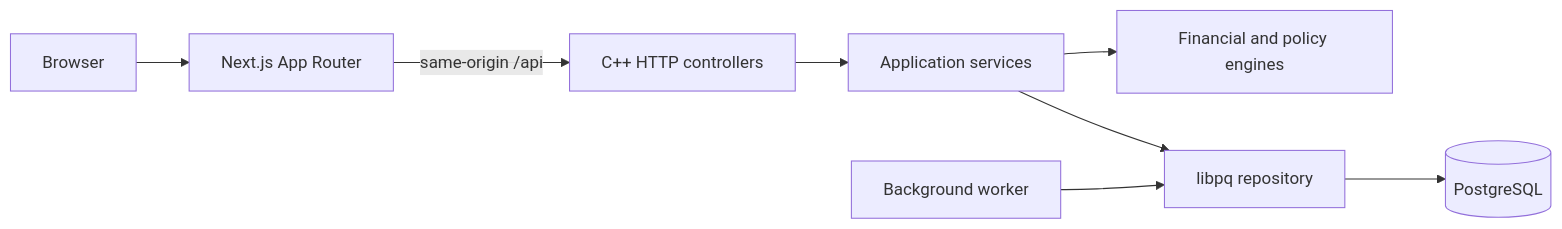
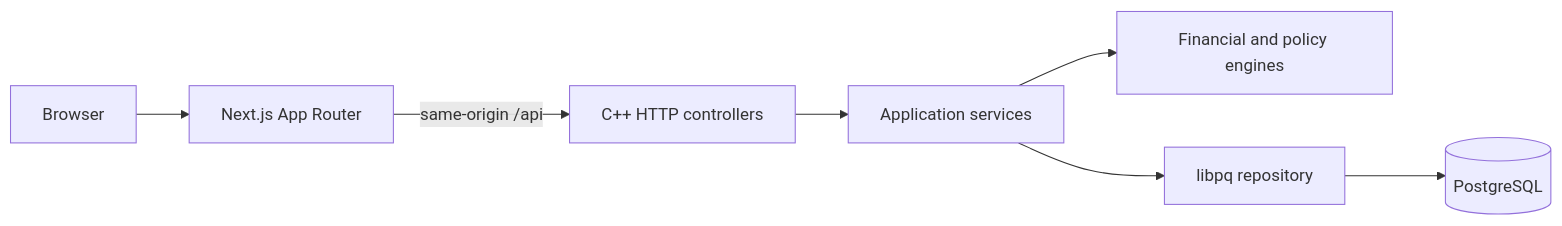
The diagram in docs/architecture.md (AyushBinjola1/CredWise360), drawn with Mermaid before and after one commit. The commit also changed 16 other files, not shown here.

````diff
--- a/docs/architecture.md
+++ b/docs/architecture.md
@@ -3,10 +3,9 @@
 ```mermaid
 flowchart LR
     B[Browser] --> N[Next.js App Router]
     N -->|same-origin /api| H[C++ HTTP controllers]
     H --> S[Application services]
     S --> E[Financial and policy engines]
     S --> R[libpq repository]
-    W[Background worker] --> R
     R --> P[(PostgreSQL)]
 ```
````
